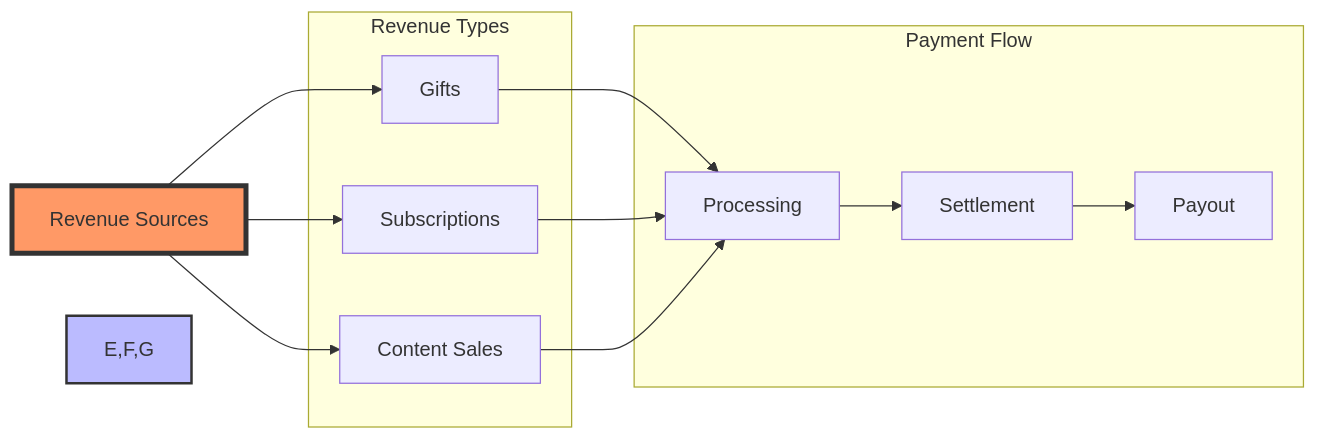
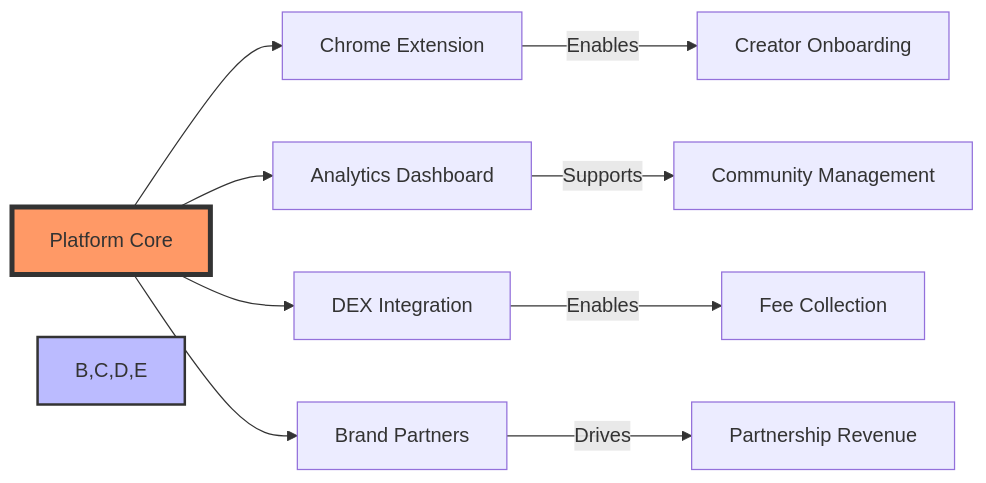
One commit to MEMEFANS/memefans changed diagram 15 of 15 in docs/whitepaper/product-features.md. Above: the diagram before and after it, drawn with Mermaid. The commit also changed other lines of this file, not shown here.

First line of the commit message:
feat: add product feature diagrams

````diff
--- a/docs/whitepaper/product-features.md
+++ b/docs/whitepaper/product-features.md
@@ -649,28 +606,15 @@
 ```mermaid
 graph LR
-    A[Revenue Sources] --> B[Gifts]
-    A --> C[Subscriptions]
-    A --> D[Content Sales]
-
-    B --> E[Processing]
-    C --> E
-    D --> E
-
-    E --> F[Settlement]
-    F --> G[Payout]
-
-    subgraph Payment Flow
-        E
-        F
-        G
-    end
-
-    subgraph Revenue Types
-        B
-        C
-        D
-    end
-
+    A[Platform Core] --> B[Chrome Extension]
+    A --> C[Analytics Dashboard]
+    A --> D[DEX Integration]
+    A --> E[Brand Partners]
+    
+    B -->|Enables| B1[Creator Onboarding]
+    C -->|Supports| C1[Community Management]
+    D -->|Enables| D1[Fee Collection]
+    E -->|Drives| E1[Partnership Revenue]
+    
     style A fill:#f96,stroke:#333,stroke-width:4px
-    style E,F,G fill:#bbf,stroke:#333,stroke-width:2px
+    style B,C,D,E fill:#bbf,stroke:#333,stroke-width:2px
 ```
````
